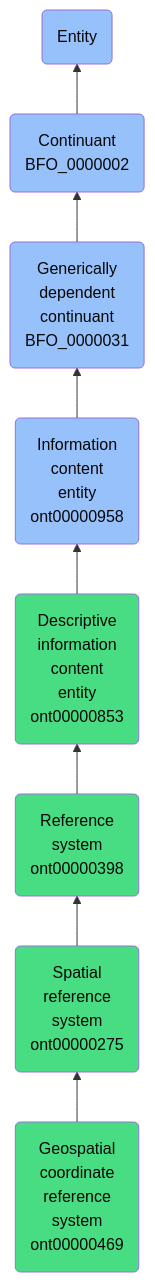
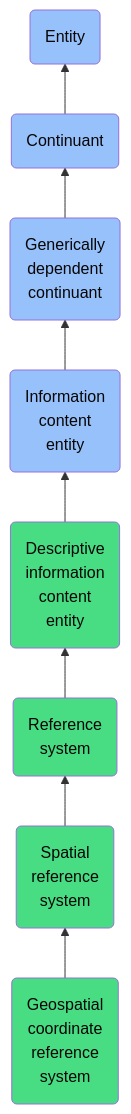
The diagram in docs/ontology/reference/model/Entity/Continuant/Generically dependent continuant/Information content entity/Descriptive information content entity/Reference system/Spatial reference system/Geospatial coordinate reference system/Geospatial coordinate reference system.md (jupyter-naas/abi), drawn with Mermaid before and after one commit. The commit also changed other lines of this file and 1430 other files, not shown here.

````diff
--- a/docs/ontology/reference/model/Entity/Continuant/Generically dependent continuant/Information content entity/Descriptive information content entity/Reference system/Spatial reference system/Geospatial coordinate reference system/Geospatial coordinate reference system.md
+++ b/docs/ontology/reference/model/Entity/Continuant/Generically dependent continuant/Information content entity/Descriptive information content entity/Reference system/Spatial reference system/Geospatial coordinate reference system/Geospatial coordinate reference system.md
@@ -24,15 +24,15 @@
 ```mermaid
 graph BT
-    ont00000469(Geospatial<br>coordinate<br>reference<br>system<br>ont00000469):::ABI-->ont00000275
-    ont00000275(Spatial<br>reference<br>system<br>ont00000275):::ABI-->ont00000398
-    ont00000398(Reference<br>system<br>ont00000398):::ABI-->ont00000853
-    ont00000853(Descriptive<br>information<br>content<br>entity<br>ont00000853):::ABI-->ont00000958
-    ont00000958(Information<br>content<br>entity<br>ont00000958):::BFO-->BFO_0000031
-    BFO_0000031(Generically<br>dependent<br>continuant<br>BFO_0000031):::BFO-->BFO_0000002
-    BFO_0000002(Continuant<br>BFO_0000002):::BFO-->BFO_0000001
+    ont00000469(Geospatial<br>coordinate<br>reference<br>system):::ABI-->ont00000275
+    ont00000275(Spatial<br>reference<br>system):::ABI-->ont00000398
+    ont00000398(Reference<br>system):::ABI-->ont00000853
+    ont00000853(Descriptive<br>information<br>content<br>entity):::ABI-->ont00000958
+    ont00000958(Information<br>content<br>entity):::BFO-->BFO_0000031
+    BFO_0000031(Generically<br>dependent<br>continuant):::BFO-->BFO_0000002
+    BFO_0000002(Continuant):::BFO-->BFO_0000001
     BFO_0000001(Entity):::BFO
     
     classDef BFO fill:#97c1fb,color:#060606
     classDef CCO fill:#e4c51e,color:#060606
     classDef ABI fill:#48DD82,color:#060606
 ```
````
